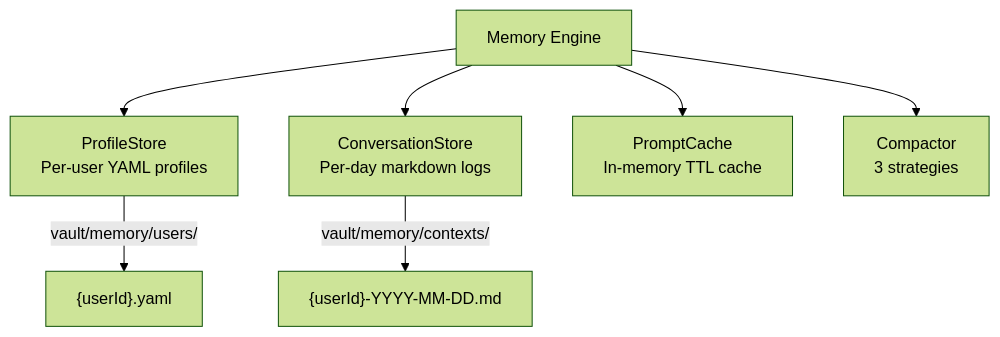
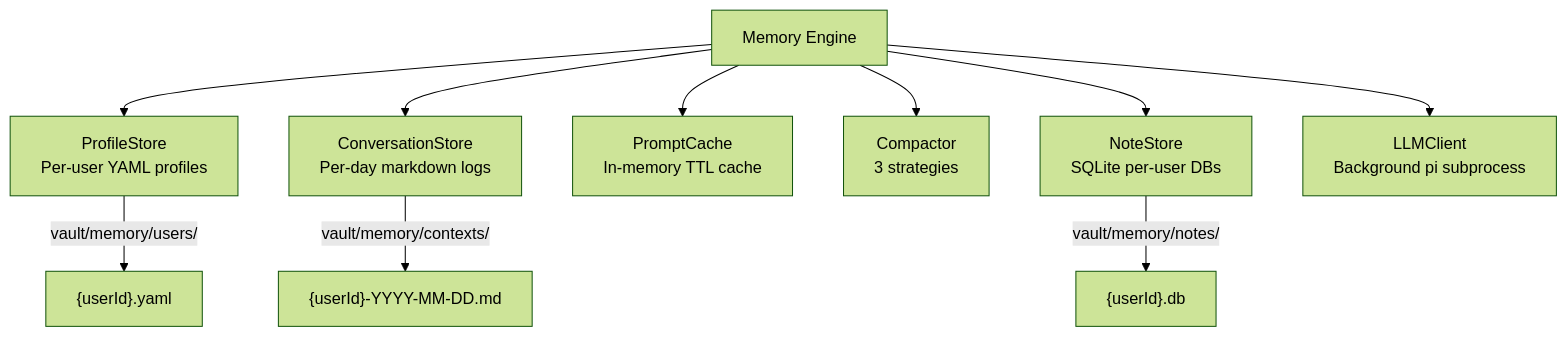
Before and after one commit to MarcoMruz/agentloop-docs: the first of 2 diagrams in src/content/docs/architecture/memory-system.mdx, drawn with Mermaid (forest theme). The commit also changed other lines of this file and 5 other files, not shown here.

Commit message:
update docs for memory engine internal workings

````diff
--- a/src/content/docs/architecture/memory-system.mdx
+++ b/src/content/docs/architecture/memory-system.mdx
@@ -12,16 +12,21 @@
 ```mermaid
 graph TD
     Engine["Memory Engine"]
     PS["ProfileStore<br/>Per-user YAML profiles"]
     CS["ConversationStore<br/>Per-day markdown logs"]
     PC["PromptCache<br/>In-memory TTL cache"]
     Comp["Compactor<br/>3 strategies"]
+    NS["NoteStore<br/>SQLite per-user DBs"]
+    LLM["LLMClient<br/>Background pi subprocess"]
 
     Engine --> PS
     Engine --> CS
     Engine --> PC
     Engine --> Comp
+    Engine --> NS
+    Engine --> LLM
 
     PS -->|vault/memory/users/| Files1["{userId}.yaml"]
     CS -->|vault/memory/contexts/| Files2["{userId}-YYYY-MM-DD.md"]
+    NS -->|vault/memory/notes/| Files3["{userId}.db"]
 ```
````
